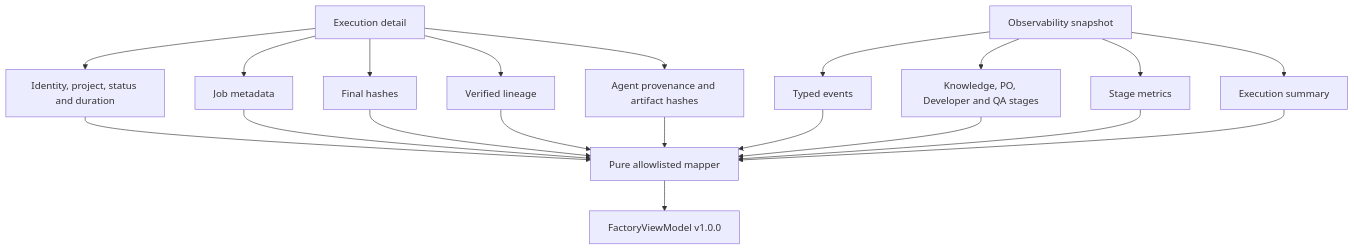
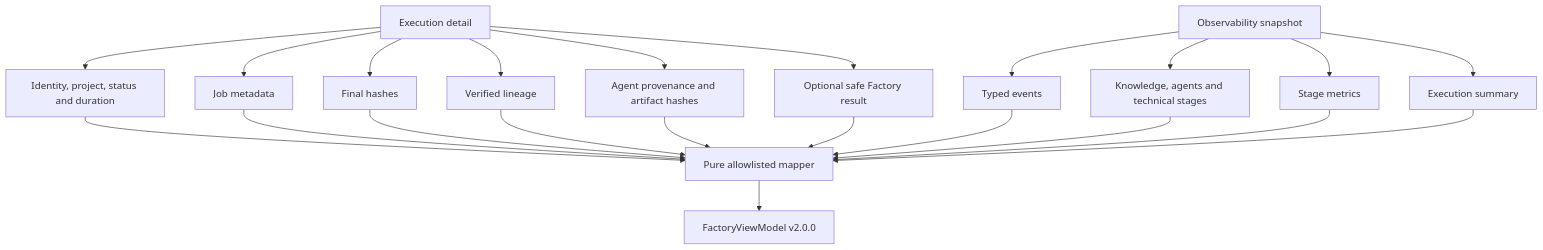
One commit to felipet66/brq-ai-factory changed the second of 9 diagrams in knowledge/45-FACTORY_VISUALIZATION_FLOW.md. Above: the diagram before and after it, drawn with Mermaid. The commit also changed other lines of this file and 128 other files, not shown here.

````diff
--- a/knowledge/45-FACTORY_VISUALIZATION_FLOW.md
+++ b/knowledge/45-FACTORY_VISUALIZATION_FLOW.md
@@ -34,24 +34,26 @@
 ```mermaid
 flowchart TB
     DETAIL["Execution detail"] --> EXECUTION["Identity, project, status and duration"]
     DETAIL --> JOBMETA["Job metadata"]
     DETAIL --> HASHES["Final hashes"]
     DETAIL --> LINEAGE["Verified lineage"]
     DETAIL --> PROVENANCE["Agent provenance and artifact hashes"]
+    DETAIL --> FACTORY_RESULT["Optional safe Factory result"]
 
     SNAPSHOT["Observability snapshot"] --> EVENTS["Typed events"]
-    SNAPSHOT --> STAGES["Knowledge, PO, Developer and QA stages"]
+    SNAPSHOT --> STAGES["Knowledge, agents and technical stages"]
     SNAPSHOT --> METRICS["Stage metrics"]
     SNAPSHOT --> SUMMARY["Execution summary"]
 
     EXECUTION --> MAP["Pure allowlisted mapper"]
     JOBMETA --> MAP
     HASHES --> MAP
     LINEAGE --> MAP
     PROVENANCE --> MAP
+    FACTORY_RESULT --> MAP
     EVENTS --> MAP
     STAGES --> MAP
     METRICS --> MAP
     SUMMARY --> MAP
-    MAP --> VM["FactoryViewModel v1.0.0"]
+    MAP --> VM["FactoryViewModel v2.0.0"]
 ```
````
